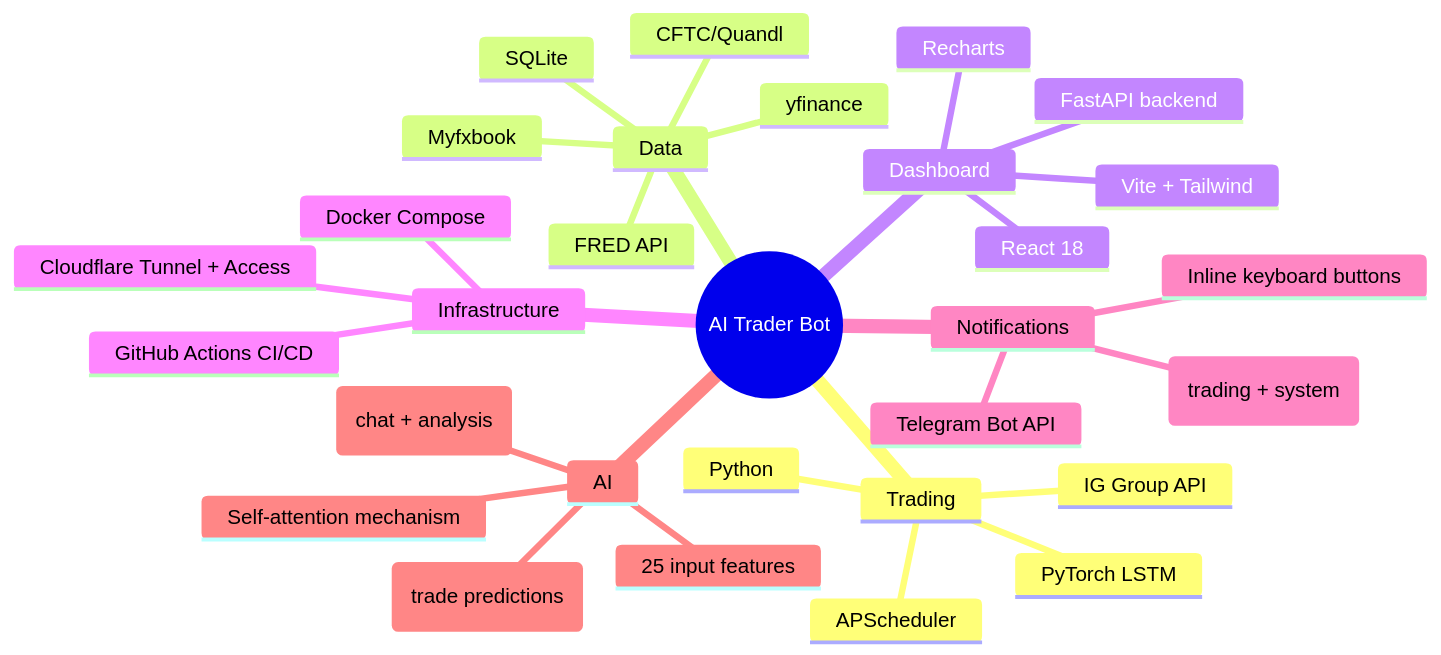
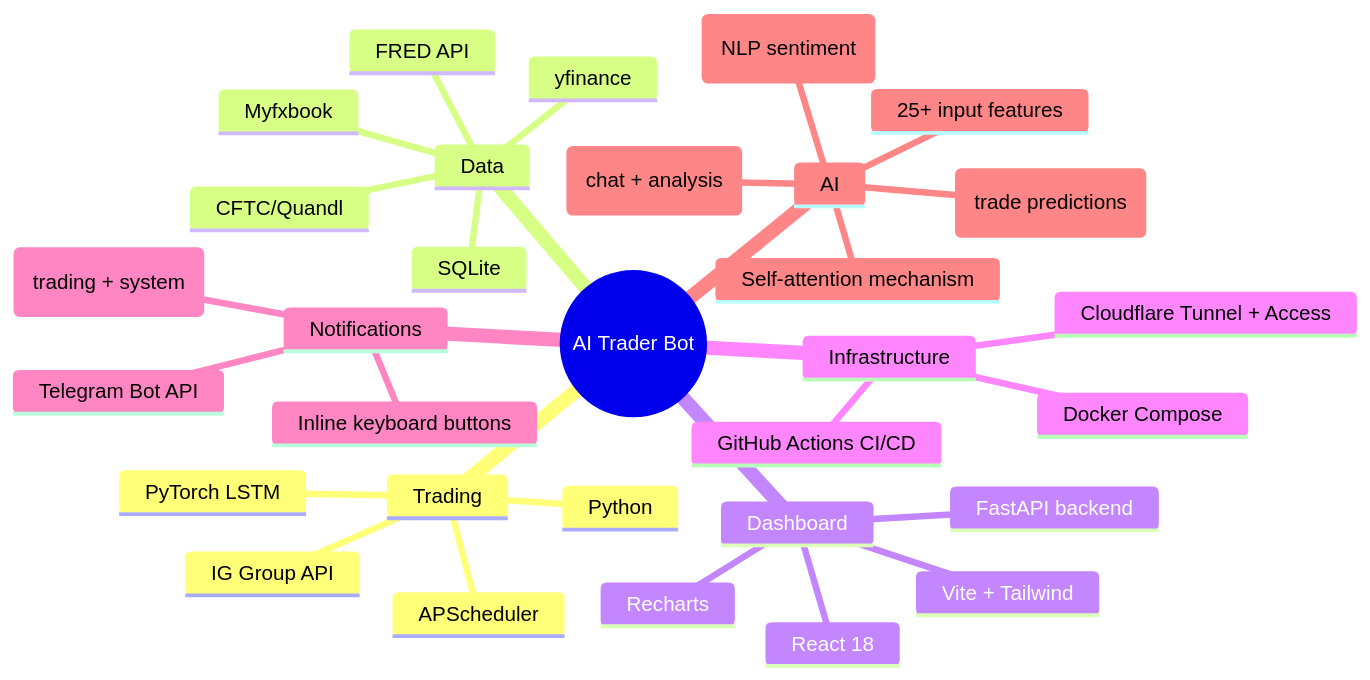
Before and after one commit to joegooderham/ai-trader-bot: diagram 11 of 11 in docs/ARCHITECTURE.md, drawn with Mermaid. The commit also changed other lines of this file and 8 other files, not shown here.

First line of the commit message:
docs: update all documentation for 14 data sources, FinBERT, VIX/DXY/yield

````diff
--- a/docs/ARCHITECTURE.md
+++ b/docs/ARCHITECTURE.md
@@ -408,33 +438,34 @@
 ```mermaid
 mindmap
   root((AI Trader Bot))
     Trading
       Python
       APScheduler
       IG Group API
       PyTorch LSTM
     Data
       SQLite
       yfinance
       FRED API
       Myfxbook
       CFTC/Quandl
     Dashboard
       React 18
       Vite + Tailwind
       FastAPI backend
       Recharts
     Infrastructure
       Docker Compose
       GitHub Actions CI/CD
       Cloudflare Tunnel + Access
     Notifications
       Telegram Bot API
       Dual bots (trading + system)
       Inline keyboard buttons
     AI
       Claude Sonnet (chat + analysis)
       LSTM (trade predictions)
-      25 input features
+      FinBERT (NLP sentiment)
+      25+ input features
       Self-attention mechanism
 ```
````
